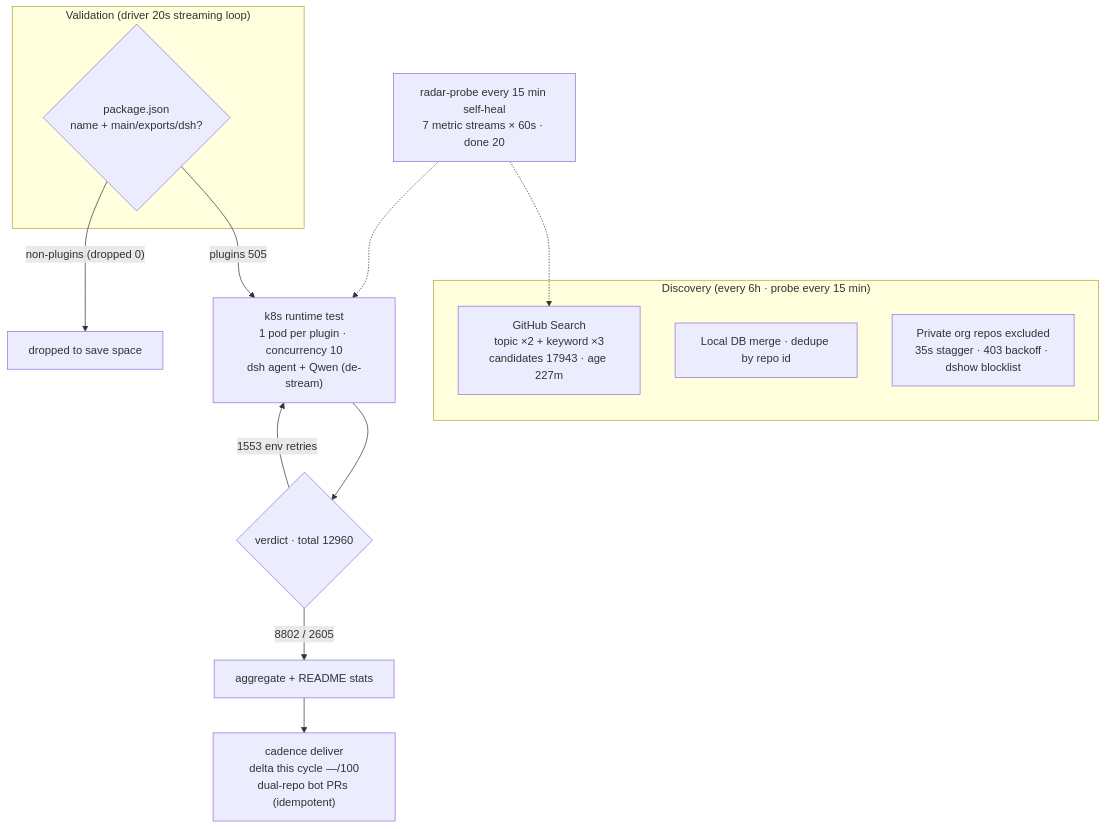
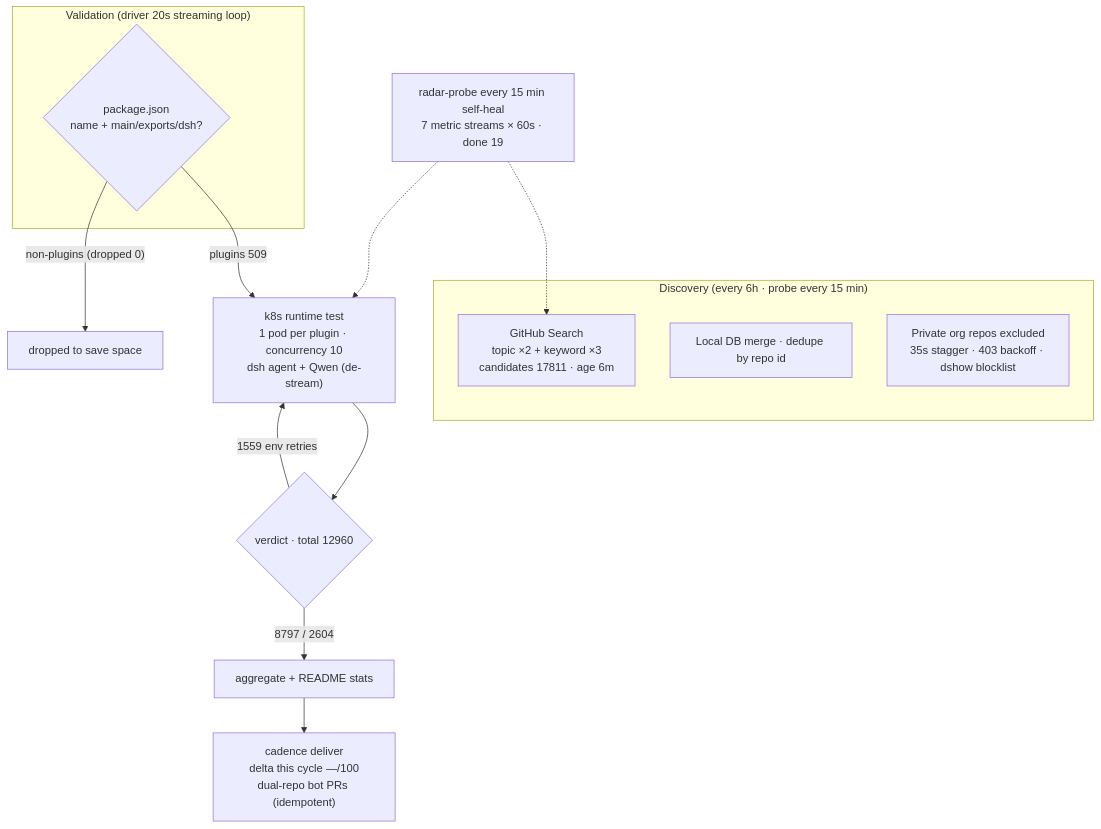
One commit to AdamPlatin123/awesome-dsh-plugins changed the diagram in README.en-US.md. Above: the diagram before and after it, drawn with Mermaid. The commit also changed other lines of this file and 5 other files, not shown here.

````diff
--- a/README.en-US.md
+++ b/README.en-US.md
@@ -45,20 +45,20 @@
 ```mermaid
 flowchart TB
     subgraph Discovery["Discovery (every 6h · probe every 15 min)"]
-        A1["GitHub Search<br/>topic ×2 + keyword ×3<br/>candidates 17943 · age 227m"]
+        A1["GitHub Search<br/>topic ×2 + keyword ×3<br/>candidates 17811 · age 6m"]
         A2["Local DB merge · dedupe by repo id"]
         A3["Private org repos excluded<br/>35s stagger · 403 backoff · dshow blocklist"]
     end
     subgraph Validation["Validation (driver 20s streaming loop)"]
         B1{"package.json<br/>name + main/exports/dsh?"}
     end
-    B1 -->|"plugins 505"| C1["k8s runtime test<br/>1 pod per plugin · concurrency 10<br/>dsh agent + Qwen (de-stream)"]
+    B1 -->|"plugins 509"| C1["k8s runtime test<br/>1 pod per plugin · concurrency 10<br/>dsh agent + Qwen (de-stream)"]
     B1 -->|"non-plugins (dropped 0)"| B3["dropped to save space"]
     C1 --> D1{"verdict · total 12960"}
-    D1 -->|"8802 / 2605"| E1["aggregate + README stats"]
-    D1 -->|"1553 env retries"| C1
+    D1 -->|"8797 / 2604"| E1["aggregate + README stats"]
+    D1 -->|"1559 env retries"| C1
     E1 --> E2["cadence deliver<br/>delta this cycle —/100<br/>dual-repo bot PRs (idempotent)"]
-    M["radar-probe every 15 min self-heal<br/>7 metric streams × 60s · done 20"]
+    M["radar-probe every 15 min self-heal<br/>7 metric streams × 60s · done 19"]
     M -.-> A1
     M -.-> C1
 ```
````
